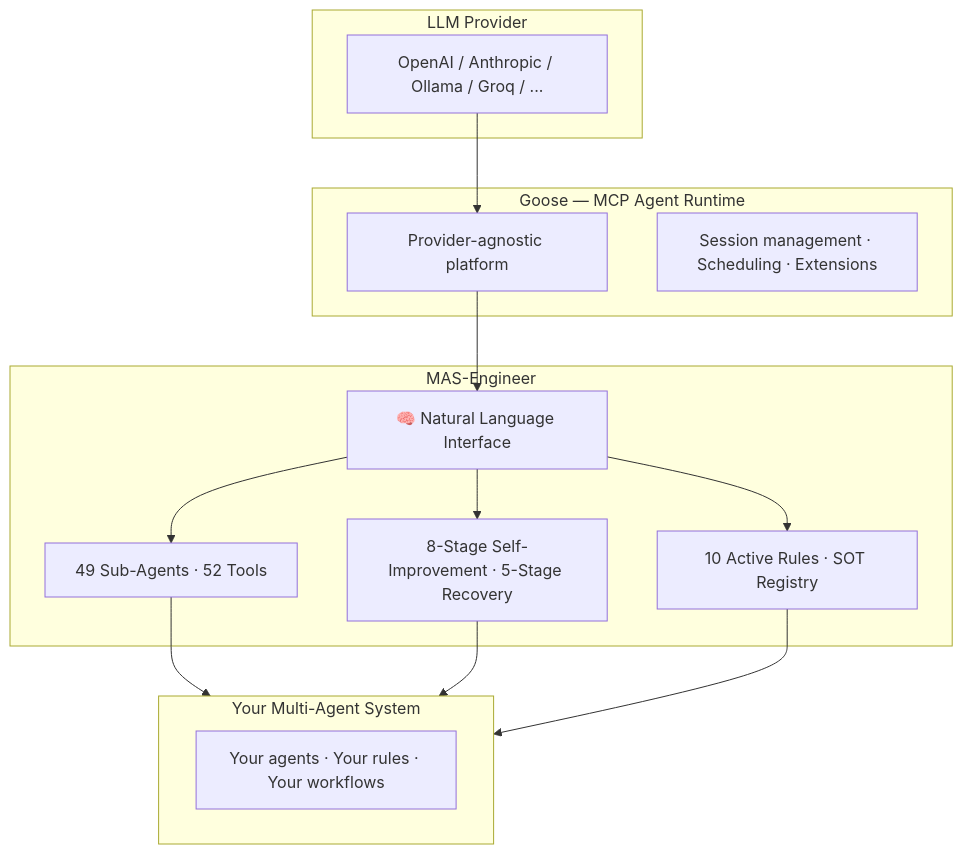
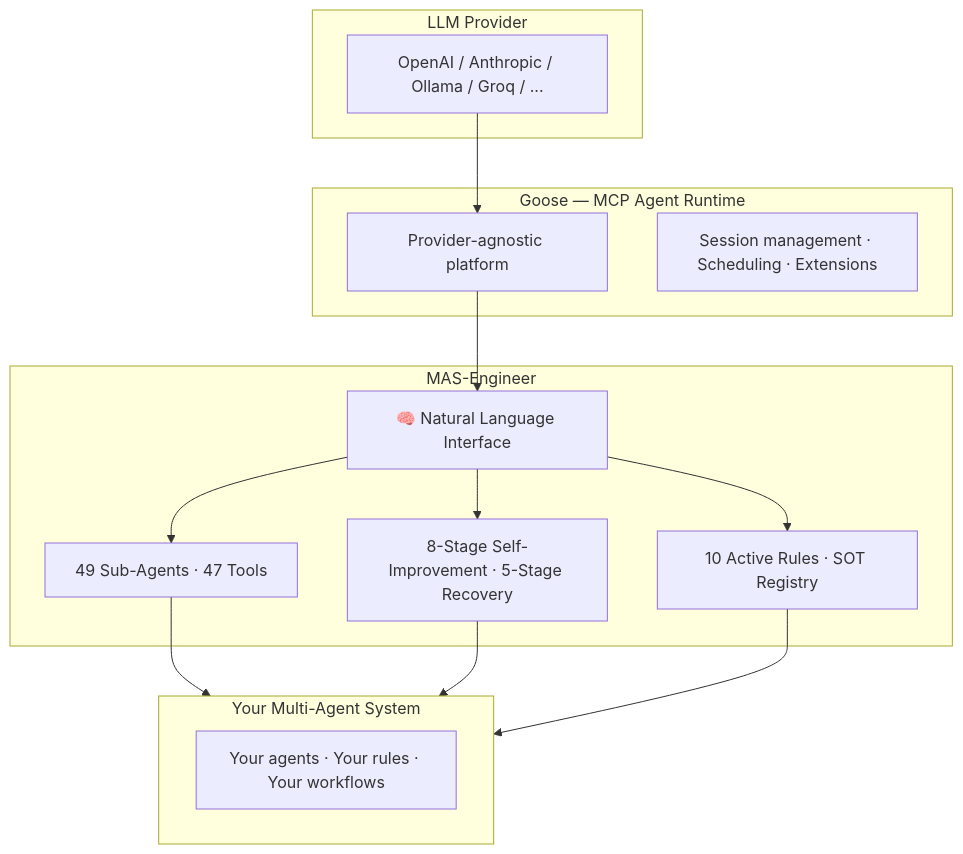
One commit to mczardybon/mas-engineer changed the third of 6 diagrams in README.md. Above: the diagram before and after it, drawn with Mermaid. The commit also changed other lines of this file and 5 other files, not shown here.

Commit message:
docs: fix tool counts 52→47, POC claim, Mermaid bug, pie chart, patterns

````diff
--- a/README.md
+++ b/README.md
@@ -269,22 +269,22 @@
 ```mermaid
 flowchart TB
     subgraph LLM["LLM Provider"]
         L1["OpenAI / Anthropic / Ollama / Groq / ..."]
     end
     subgraph GOOSE["Goose — MCP Agent Runtime"]
         G1["Provider-agnostic platform"]
         G2["Session management · Scheduling · Extensions"]
     end
     subgraph ENGINEER["MAS-Engineer"]
         E1["🧠 Natural Language Interface"]
-        E2["49 Sub-Agents · 52 Tools"]
+        E2["49 Sub-Agents · 47 Tools"]
         E3["8-Stage Self-Improvement · 5-Stage Recovery"]
         E4["10 Active Rules · SOT Registry"]
     end
     subgraph SYSTEM["Your Multi-Agent System"]
         S1["Your agents · Your rules · Your workflows"]
     end
     L1 --> G1 --> E1
     E1 --> E2 & E3 & E4
     E2 & E3 & E4 --> SYSTEM
 ```
````
